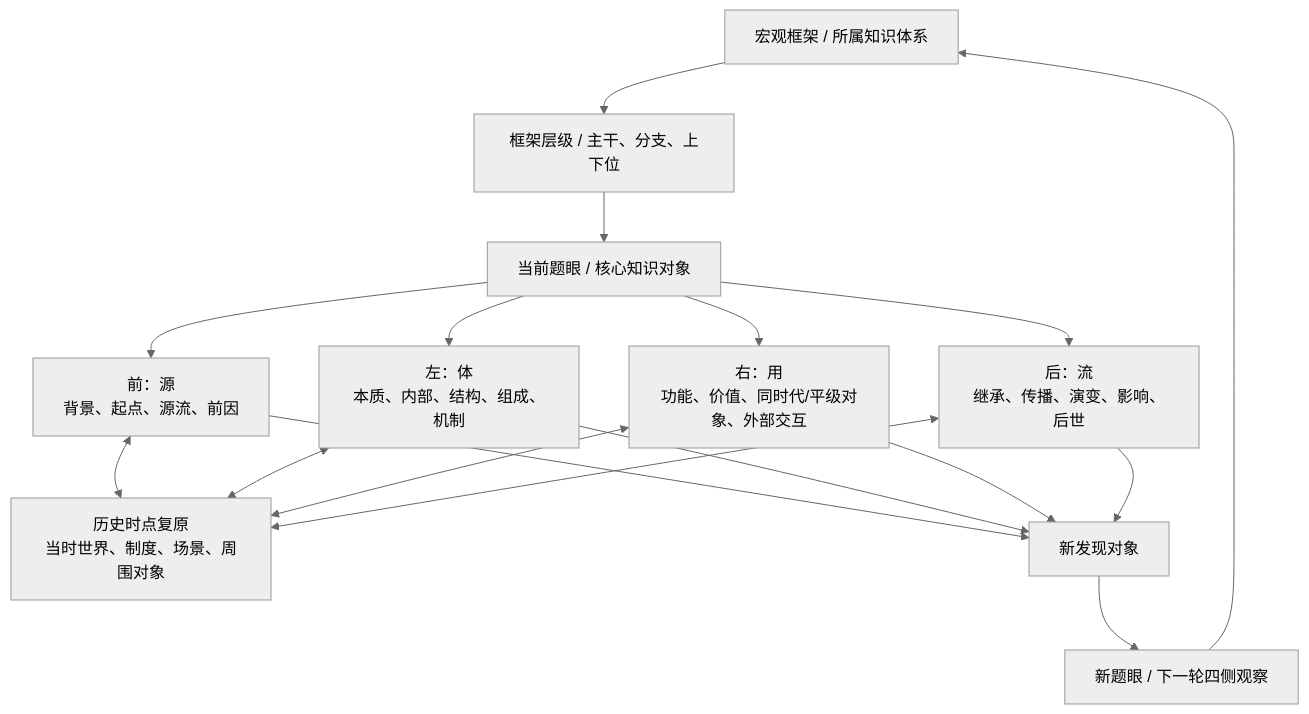
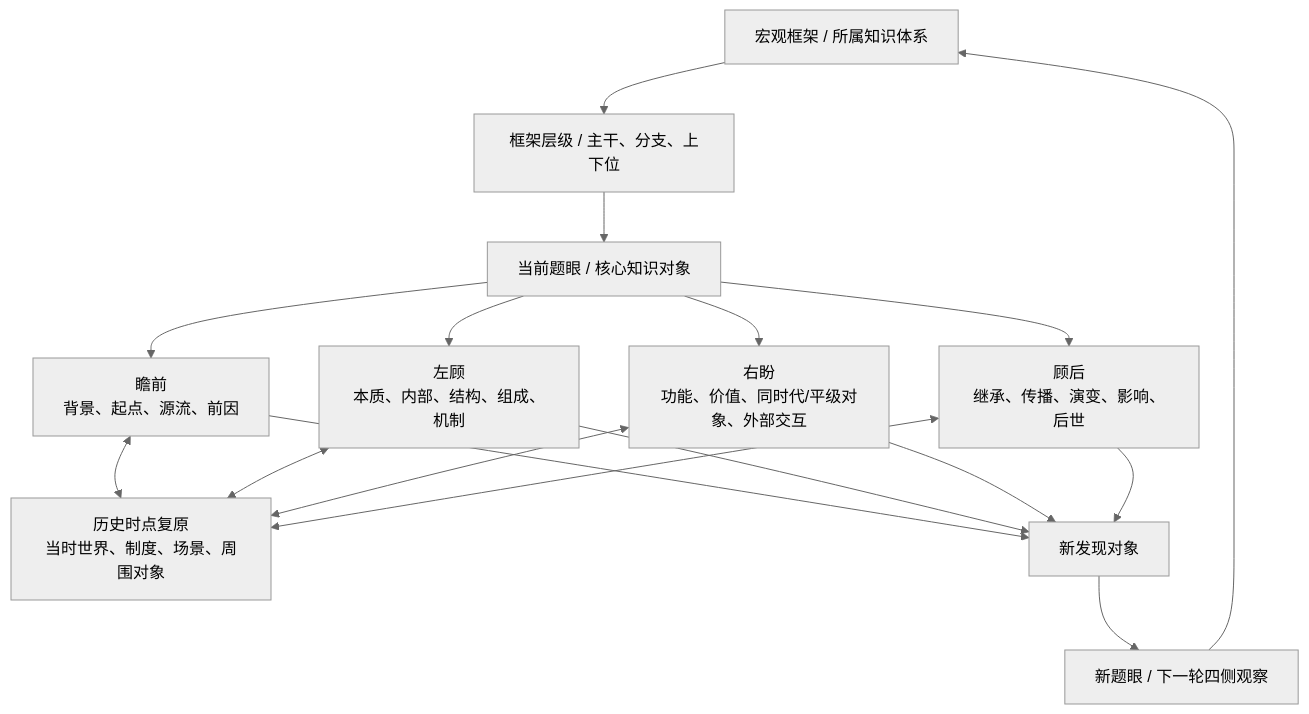
One commit to yijianvision-lgtm/yijian changed the first of 4 diagrams in docs/MIND-V3.3-A4-FOUR-SIDED-INTERACTION-AND-HISTORICAL-RECONSTRUCTION.md. Above: the diagram before and after it, drawn with Mermaid (neutral theme). The commit also changed other lines of this file, not shown here.

````diff
--- a/docs/MIND-V3.3-A4-FOUR-SIDED-INTERACTION-AND-HISTORICAL-RECONSTRUCTION.md
+++ b/docs/MIND-V3.3-A4-FOUR-SIDED-INTERACTION-AND-HISTORICAL-RECONSTRUCTION.md
@@ -20,21 +20,21 @@
 ```mermaid
 flowchart TB
   F["宏观框架 / 所属知识体系"]
   L["框架层级 / 主干、分支、上下位"]
   K["当前题眼 / 核心知识对象"]
   F --> L --> K
-  K --> P["前：源<br/>背景、起点、源流、前因"]
-  K --> B["左：体<br/>本质、内部、结构、组成、机制"]
-  K --> R["右：用<br/>功能、价值、同时代/平级对象、外部交互"]
-  K --> H["后：流<br/>继承、传播、演变、影响、后世"]
+  K --> P["瞻前<br/>背景、起点、源流、前因"]
+  K --> B["左顾<br/>本质、内部、结构、组成、机制"]
+  K --> R["右盼<br/>功能、价值、同时代/平级对象、外部交互"]
+  K --> H["顾后<br/>继承、传播、演变、影响、后世"]
   P <--> CTX["历史时点复原<br/>当时世界、制度、场景、周围对象"]
   B <--> CTX
   R <--> CTX
   H <--> CTX
   P --> N["新发现对象"]
   B --> N
   R --> N
   H --> N
   N --> K2["新题眼 / 下一轮四侧观察"]
   K2 --> F
 ```
````
